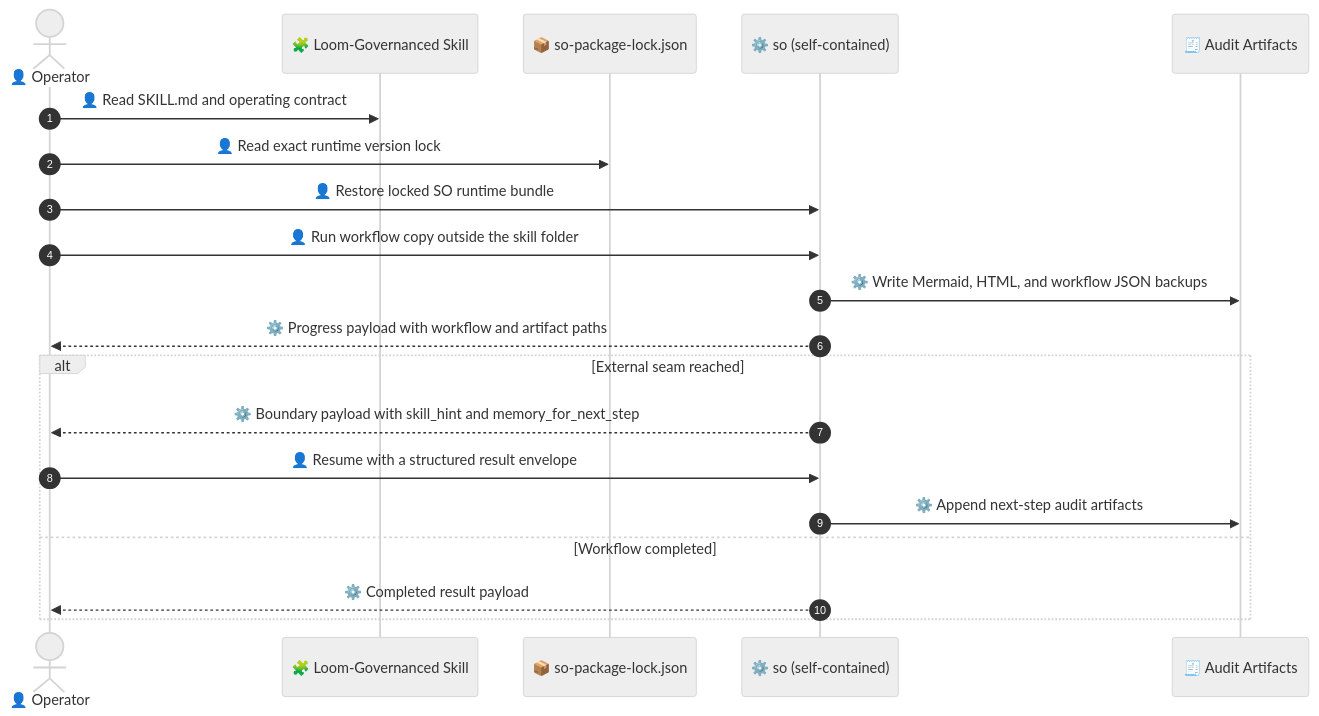
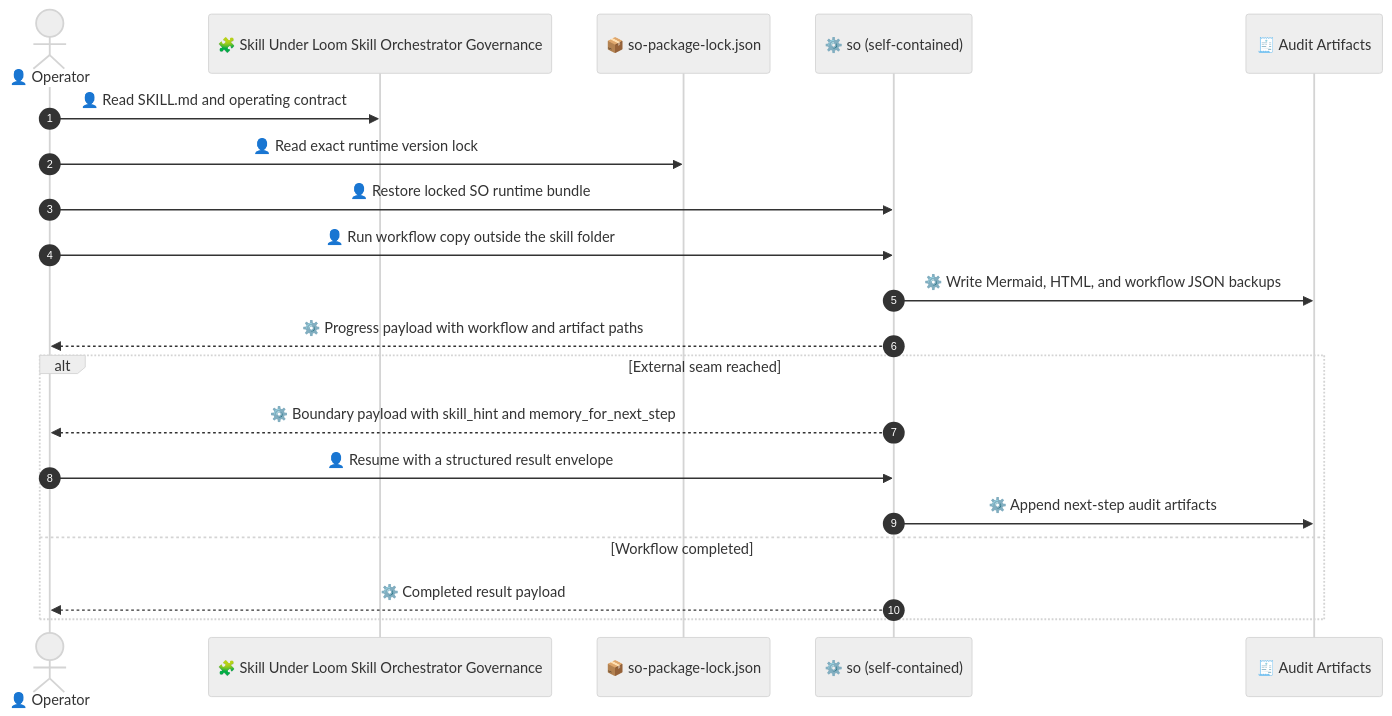
Before and after one commit to waynebaby/Techne-Loom: the first of 2 diagrams in README.md, drawn with Mermaid (neutral theme). The commit also changed other lines of this file and 152 other files, not shown here.

````diff
--- a/README.md
+++ b/README.md
@@ -242,23 +242,23 @@
 ```mermaid
 sequenceDiagram
     autonumber
     actor Operator as 👤 Operator
-    participant Skill as 🧩 Loom-Governanced Skill
+    participant Skill as 🧩 Skill Under Loom Skill Orchestrator Governance
     participant Lock as 📦 so-package-lock.json
     participant Runtime as ⚙️ so (self-contained)
     participant Audit as 🧾 Audit Artifacts
 
     Operator->>Skill: 👤 Read SKILL.md and operating contract
     Operator->>Lock: 👤 Read exact runtime version lock
     Operator->>Runtime: 👤 Restore locked SO runtime bundle
     Operator->>Runtime: 👤 Run workflow copy outside the skill folder
     Runtime->>Audit: ⚙️ Write Mermaid, HTML, and workflow JSON backups
     Runtime-->>Operator: ⚙️ Progress payload with workflow and artifact paths
     alt External seam reached
         Runtime-->>Operator: ⚙️ Boundary payload with skill_hint and memory_for_next_step
         Operator->>Runtime: 👤 Resume with a structured result envelope
         Runtime->>Audit: ⚙️ Append next-step audit artifacts
     else Workflow completed
         Runtime-->>Operator: ⚙️ Completed result payload
     end
 ```
````
